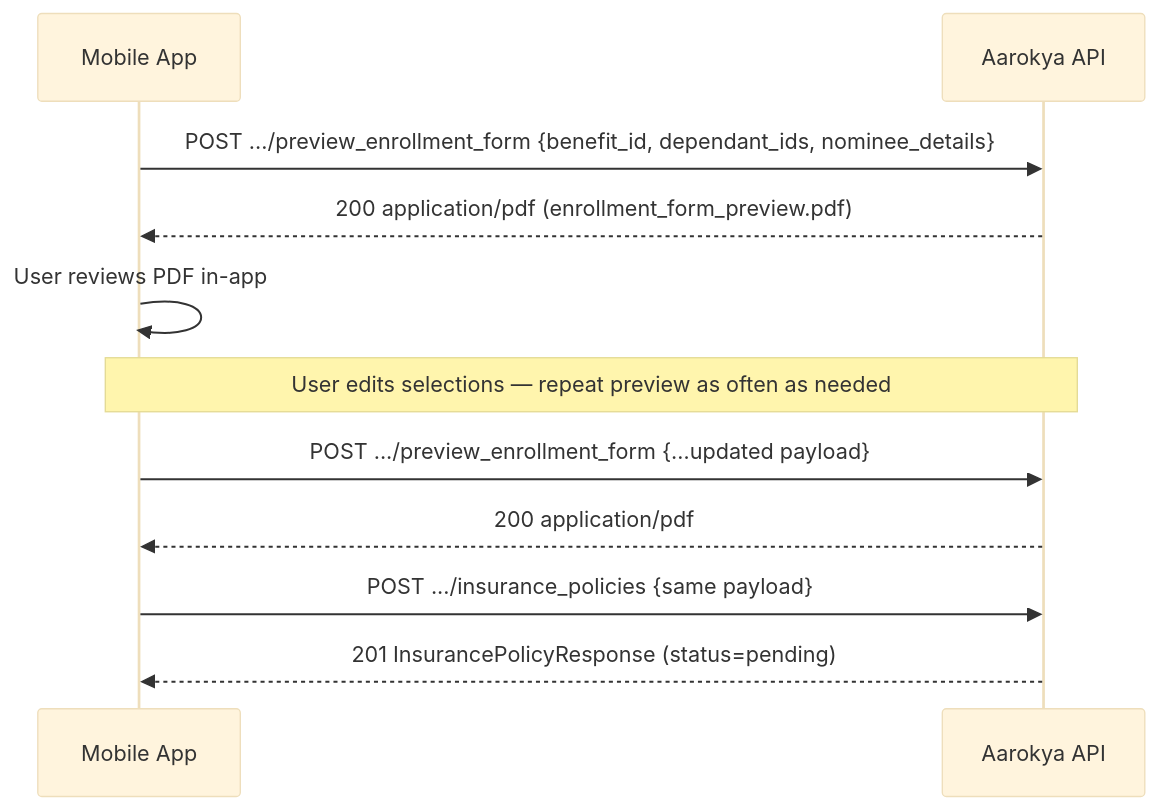
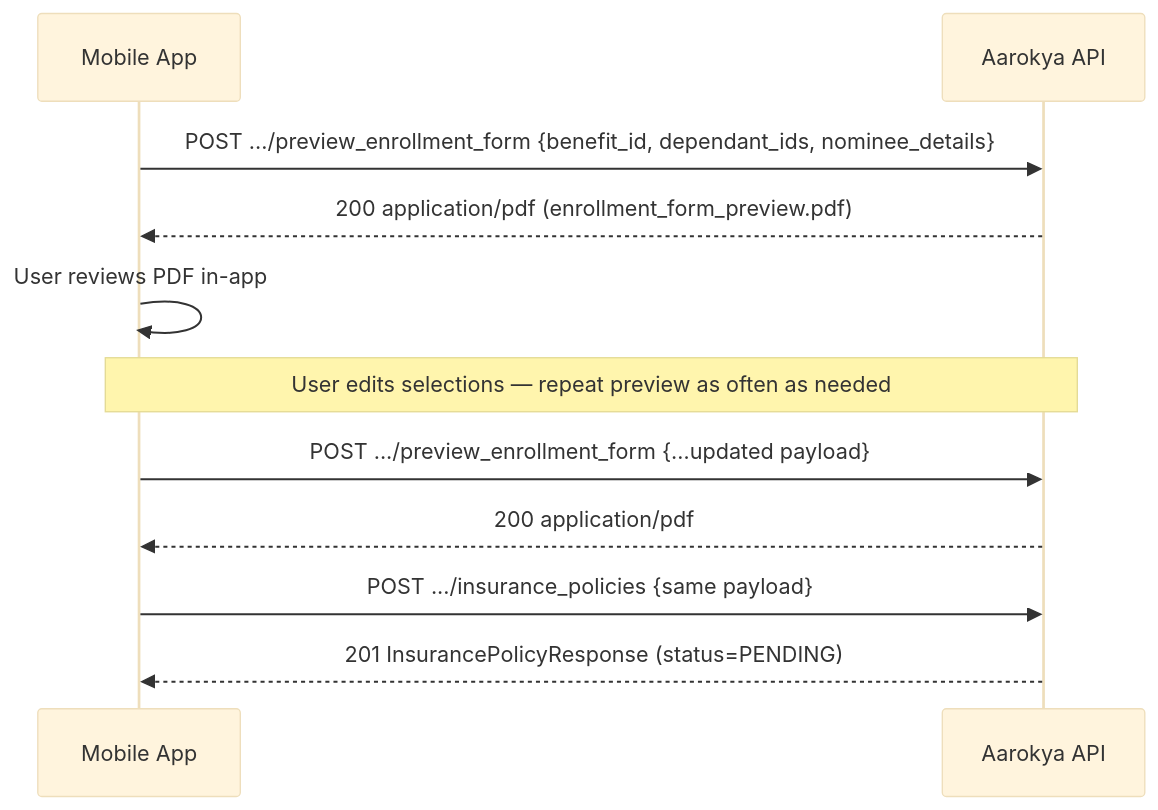
The third of 3 diagrams in api-reference/modules/insurance_policy.mdx (anu19981/aarokya-backend), drawn with Mermaid (base theme) before and after one commit. The commit also changed other lines of this file and 82 other files, not shown here.

Commit message:
sync: update api-reference from aarokya-agentic-app

````diff
--- a/api-reference/modules/insurance_policy.mdx
+++ b/api-reference/modules/insurance_policy.mdx
@@ -119,14 +146,14 @@
 ```mermaid
 sequenceDiagram
     participant App as Mobile App
     participant API as Aarokya API
 
     App->>API: POST .../preview_enrollment_form {benefit_id, dependant_ids, nominee_details}
     API-->>App: 200 application/pdf (enrollment_form_preview.pdf)
     App->>App: User reviews PDF in-app
     Note over App,API: User edits selections — repeat preview as often as needed
     App->>API: POST .../preview_enrollment_form {…updated payload}
     API-->>App: 200 application/pdf
     App->>API: POST .../insurance_policies {same payload}
-    API-->>App: 201 InsurancePolicyResponse (status=pending)
+    API-->>App: 201 InsurancePolicyResponse (status=PENDING)
 ```
````
